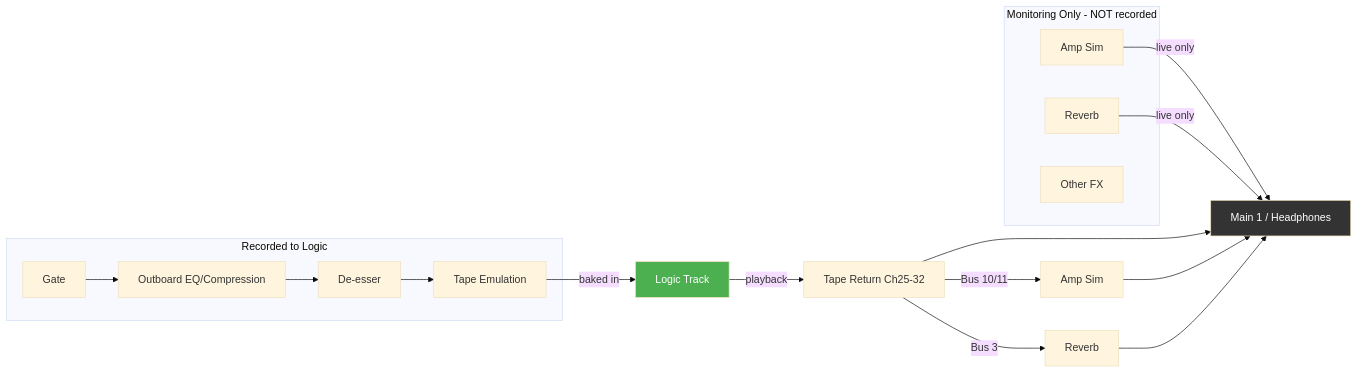
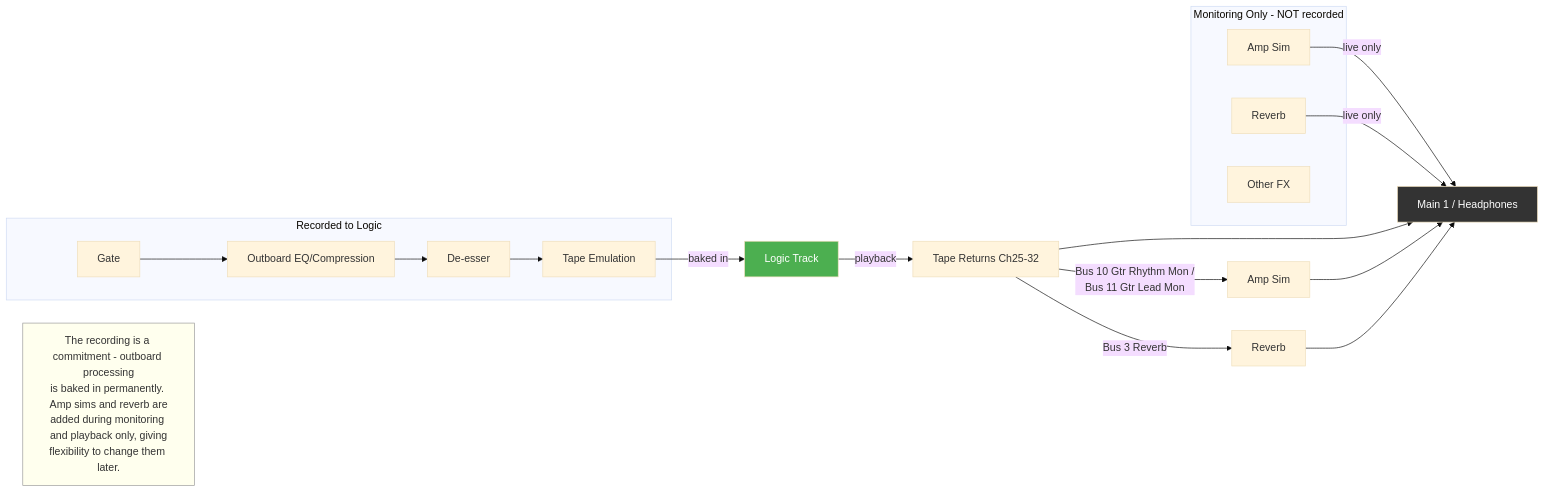
Diagram 11 of 19 in docs/diagrams.md (ldenman/studio-setup), drawn with Mermaid (base theme) before and after one commit. The commit also changed other lines of this file, not shown here.

First line of the commit message:
Add names to all bus/channel references, summary notes on every diagram

````diff
--- a/docs/diagrams.md
+++ b/docs/diagrams.md
@@ -407,30 +423,33 @@
 ```mermaid
 graph LR
     subgraph Recorded to Logic
         R1[Gate]
         R2[Outboard EQ/Compression]
         R3[De-esser]
         R4[Tape Emulation]
         R1 --> R2 --> R3 --> R4
     end
 
     subgraph Monitoring Only - NOT recorded
         M1[Amp Sim]
         M2[Reverb]
         M3[Other FX]
     end
 
     R4 -->|baked in| LOGIC[Logic Track]
     M1 -->|live only| MAIN[Main 1 / Headphones]
     M2 -->|live only| MAIN
 
-    LOGIC -->|playback| TR[Tape Return Ch25-32]
-    TR -->|Bus 10/11| M1_PLAY[Amp Sim]
-    TR -->|Bus 3| M2_PLAY[Reverb]
+    LOGIC -->|playback| TR[Tape Returns Ch25-32]
+    TR -->|Bus 10 Gtr Rhythm Mon /<br/>Bus 11 Gtr Lead Mon| M1_PLAY[Amp Sim]
+    TR -->|Bus 3 Reverb| M2_PLAY[Reverb]
     TR --> MAIN
     M1_PLAY --> MAIN
     M2_PLAY --> MAIN
 
+    NOTE[The recording is a commitment - outboard processing<br/>is baked in permanently. Amp sims and reverb are<br/>added during monitoring and playback only, giving<br/>flexibility to change them later.]
+
     style LOGIC fill:#4CAF50,color:#fff
     style MAIN fill:#333,color:#fff
+    style NOTE fill:#ffe,stroke:#999
 ```
````
